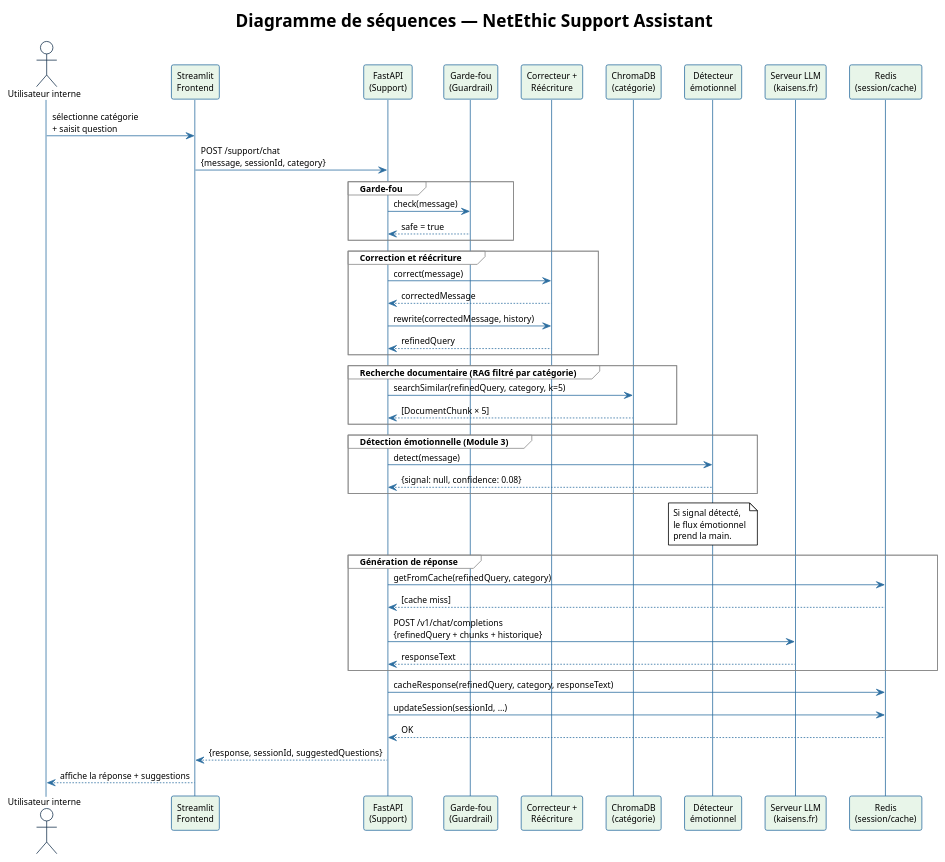
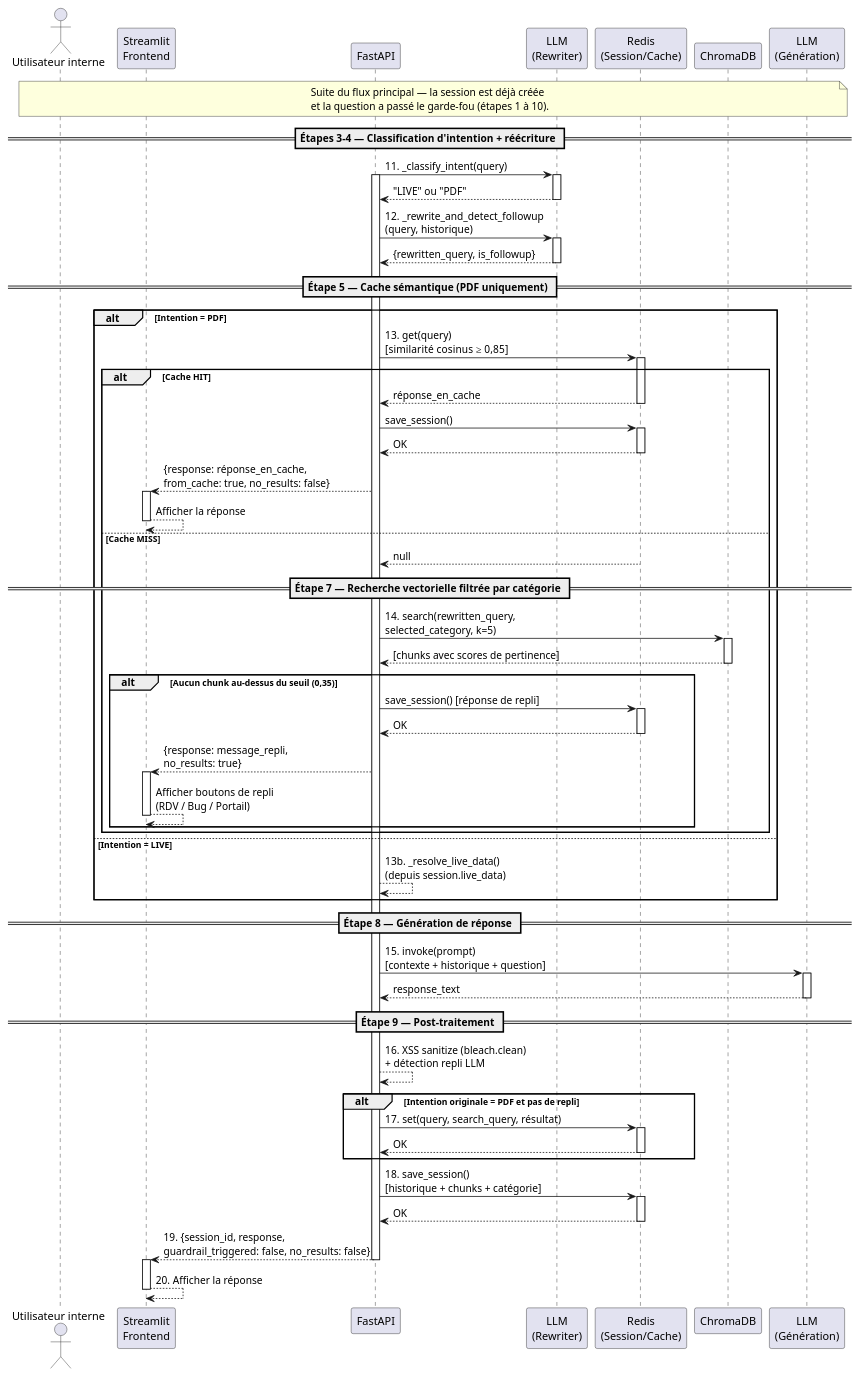
One commit to RedFalcon22/Rapport_ISTIC_2025_2026_v2 changed the diagram in figures/06_sequence_support.puml. Above: the diagram before and after it, drawn with PlantUML. The commit also changed 13 other files, not shown here.

First line of the commit message:
feat: restructure en 6 chapitres + correction diagrammes UML

```diff
--- a/figures/06_sequence_support.puml
+++ b/figures/06_sequence_support.puml
@@ -1,65 +1,101 @@
-@startuml sequence_support
-!theme plain
-skinparam sequenceArrowColor #2C6EA0
-skinparam sequenceLifeLineBorderColor #2C6EA0
-skinparam sequenceParticipantBorderColor #2C6EA0
-skinparam sequenceParticipantBackgroundColor #E8F5E9
-skinparam sequenceActorBorderColor #1A3550
-skinparam sequenceGroupBorderColor #888888
-skinparam defaultFontName Arial
-skinparam defaultFontSize 11
+@startuml sequence_support_rag
 
-title Diagramme de séquences — NetEthic Support Assistant
+actor "Utilisateur interne" as U
+participant "Streamlit\nFrontend" as FE
+participant "FastAPI" as API
+participant "LLM\n(Rewriter)" as LLM
+participant "Redis\n(Session/Cache)" as Redis
+participant "ChromaDB" as Chroma
+participant "LLM\n(Génération)" as LLM_G
 
-actor       "Utilisateur interne" as U
-participant "Streamlit\nFrontend" as FE
-participant "FastAPI\n(Support)" as API
-participant "Garde-fou\n(Guardrail)" as Guard
-participant "Correcteur +\nRéécriture" as Rewrite
-participant "ChromaDB\n(catégorie)" as Chroma
-participant "Détecteur\némotionnel" as Emo
-participant "Serveur LLM\n(kaisens.fr)" as LLM
-participant "Redis\n(session/cache)" as Redis
+note over U, LLM_G
+  Suite du flux principal — la session est déjà créée
+  et la question a passé le garde-fou (étapes 1 à 10).
+end note
 
-U  -> FE  : sélectionne catégorie\n+ saisit question
-FE -> API : POST /support/chat\n{message, sessionId, category}
+== Étapes 3-4 — Classification d'intention + réécriture ==
 
-group Garde-fou
-  API -> Guard : check(message)
-  Guard --> API : safe = true
+API -> LLM : 11. _classify_intent(query)
+activate API
+activate LLM
+LLM --> API : "LIVE" ou "PDF"
+deactivate LLM
+
+API -> LLM : 12. _rewrite_and_detect_followup\n(query, historique)
+activate LLM
+LLM --> API : {rewritten_query, is_followup}
+deactivate LLM
+
+== Étape 5 — Cache sémantique (PDF uniquement) ==
+
+alt Intention = PDF
+    API -> Redis : 13. get(query)\n[similarité cosinus ≥ 0,85]
+    activate Redis
+
+    alt Cache HIT
+        Redis --> API : réponse_en_cache
+        deactivate Redis
+        API -> Redis : save_session()
+        activate Redis
+        Redis --> API : OK
+        deactivate Redis
+        API --> FE : {response: réponse_en_cache,\nfrom_cache: true, no_results: false}
+        activate FE
+        FE --> FE : Afficher la réponse
+        deactivate FE
+    else Cache MISS
+        Redis --> API : null
+        deactivate Redis
+
+        == Étape 7 — Recherche vectorielle filtrée par catégorie ==
+
+        API -> Chroma : 14. search(rewritten_query,\nselected_category, k=5)
+        activate Chroma
+        Chroma --> API : [chunks avec scores de pertinence]
+        deactivate Chroma
+
+        alt Aucun chunk au-dessus du seuil (0,35)
+            API -> Redis : save_session() [réponse de repli]
+            activate Redis
+            Redis --> API : OK
+            deactivate Redis
+            API --> FE : {response: message_repli,\nno_results: true}
+            activate FE
+            FE --> FE : Afficher boutons de repli\n(RDV / Bug / Portail)
+            deactivate FE
+        end
+    end
+else Intention = LIVE
+    API --> API : 13b. _resolve_live_data()\n(depuis session.live_data)
 end
 
-group Correction et réécriture
-  API -> Rewrite : correct(message)
-  Rewrite --> API : correctedMessage
-  API -> Rewrite : rewrite(correctedMessage, history)
-  Rewrite --> API : refinedQuery
+== Étape 8 — Génération de réponse ==
+
+API -> LLM_G : 15. invoke(prompt)\n[contexte + historique + question]
+activate LLM_G
+LLM_G --> API : response_text
+deactivate LLM_G
+
+== Étape 9 — Post-traitement ==
+
+API --> API : 16. XSS sanitize (bleach.clean)\n+ détection repli LLM
+
+alt Intention originale = PDF et pas de repli
+    API -> Redis : 17. set(query, search_query, résultat)
+    activate Redis
+    Redis --> API : OK
+    deactivate Redis
 end
 
-group Recherche documentaire (RAG filtré par catégorie)
-  API -> Chroma : searchSimilar(refinedQuery, category, k=5)
-  Chroma --> API : [DocumentChunk × 5]
-end
+API -> Redis : 18. save_session()\n[historique + chunks + catégorie]
+activate Redis
+Redis --> API : OK
+deactivate Redis
 
-group Détection émotionnelle (Module 3)
-  API -> Emo : detect(message)
-  Emo  --> API : {signal: null, confidence: 0.08}
-end
-
-note over Emo : Si signal détecté,\nle flux émotionnel\nprend la main.
-
-group Génération de réponse
-  API -> Redis : getFromCache(refinedQuery, category)
-  Redis --> API : [cache miss]
-  API -> LLM  : POST /v1/chat/completions\n{refinedQuery + chunks + historique}
-  LLM --> API : responseText
-end
-
-API -> Redis : cacheResponse(refinedQuery, category, responseText)
-API -> Redis : updateSession(sessionId, ...)
-Redis --> API : OK
-
-API --> FE : {response, sessionId, suggestedQuestions}
-FE  --> U  : affiche la réponse + suggestions
+API --> FE : 19. {session_id, response,\nguardrail_triggered: false, no_results: false}
+deactivate API
+activate FE
+FE --> FE : 20. Afficher la réponse
+deactivate FE
 
 @enduml
```
